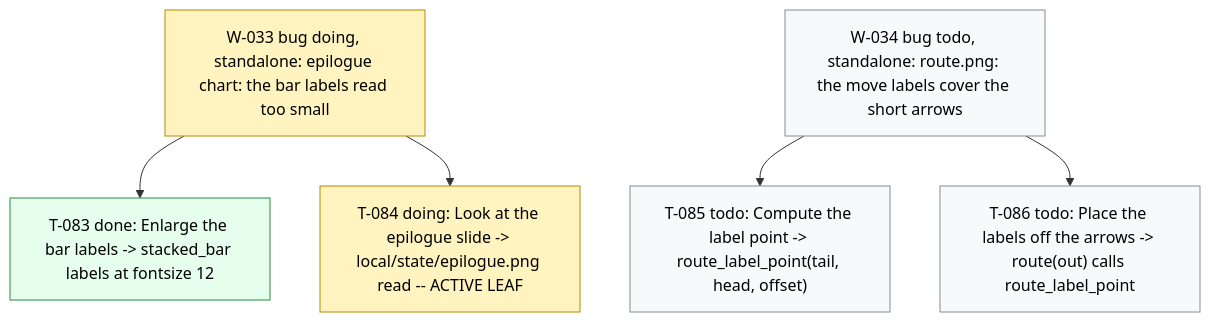
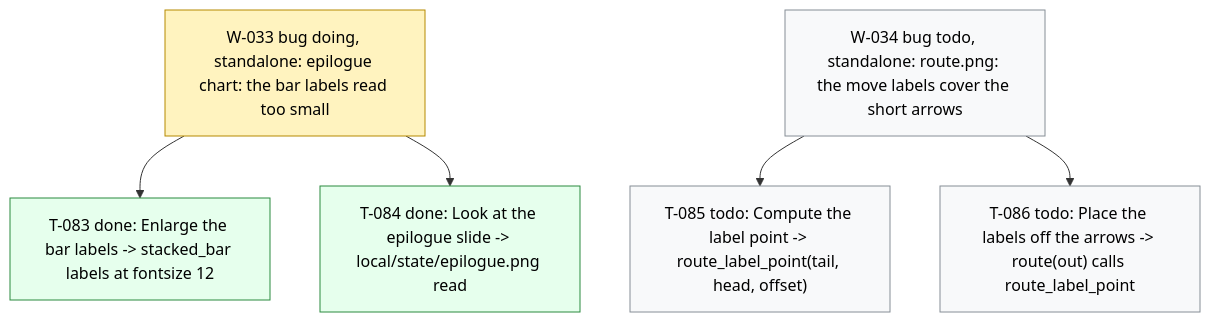
Before and after one commit to dpopchev/chaos-to-simple: the diagram in .board/BOARD.md, drawn with Mermaid. The commit also changed other lines of this file and 1 other file, not shown here.

Commit message:
chore(board): close T-084 -- W-033 ready to land
Refs: W-033 T-084

````diff
--- a/.board/BOARD.md
+++ b/.board/BOARD.md
@@ -221,17 +221,17 @@
 ```mermaid
 flowchart TD
   W033["W-033 bug doing, standalone: epilogue chart: the bar labels read too small"]
   W033 --> T083["T-083 done: Enlarge the bar labels -> stacked_bar labels at fontsize 12"]
-  W033 --> T084["T-084 doing: Look at the epilogue slide -> local/state/epilogue.png read -- ACTIVE LEAF"]
+  W033 --> T084["T-084 done: Look at the epilogue slide -> local/state/epilogue.png read"]
   W034["W-034 bug todo, standalone: route.png: the move labels cover the short arrows"]
   W034 --> T085["T-085 todo: Compute the label point -> route_label_point(tail, head, offset)"]
   W034 --> T086["T-086 todo: Place the labels off the arrows -> route(out) calls route_label_point"]
   classDef doing fill:#fff3bf,stroke:#b58900,color:#000;
   classDef blocked fill:#ffe3e3,stroke:#c92a2a,color:#000;
   classDef done fill:#e6ffed,stroke:#2b8a3e,color:#000;
   classDef todo fill:#f8f9fa,stroke:#868e96,color:#000;
   classDef pruned fill:#f1f3f5,stroke:#adb5bd,color:#000;
-  class W033,T084 doing
-  class T083 done
+  class W033 doing
+  class T083,T084 done
   class W034,T085,T086 todo
 ```
````
